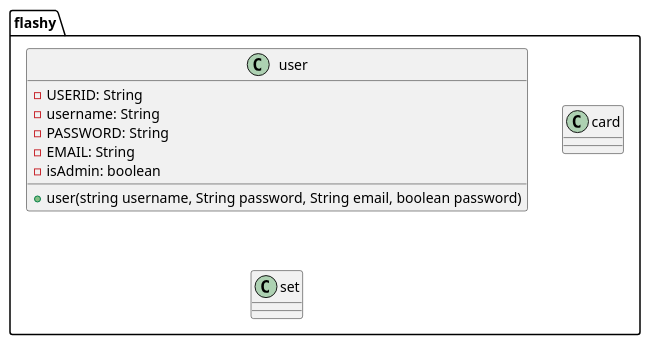
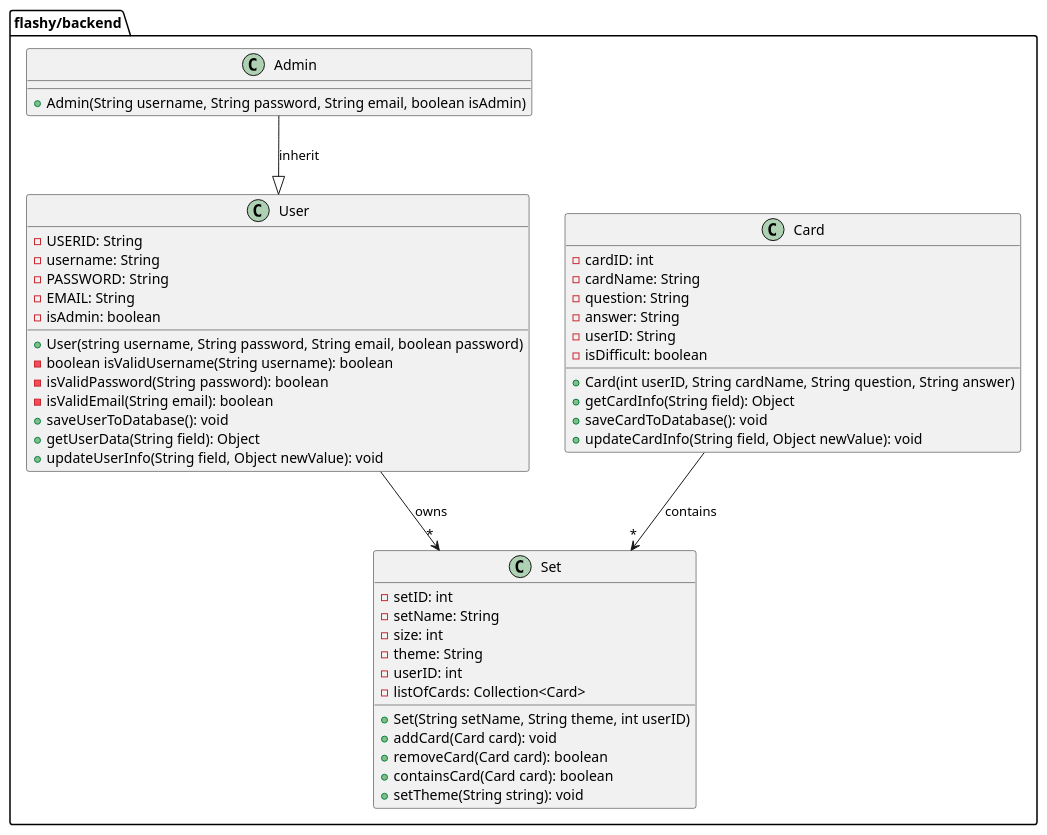
Before and after one commit to sigurhag/Flashy: the diagram in backend/umlDiagrams/flashyClassDiagram.puml, drawn with PlantUML. The commit also changed 7 other files, not shown here.

```diff
--- a/backend/umlDiagrams/flashyClassDiagram.puml
+++ b/backend/umlDiagrams/flashyClassDiagram.puml
@@ -1,23 +1,54 @@
 @startuml flashyClassDiagram
 
-package flashy {
-    class user {
+package flashy/backend {
+    class User {
         - USERID: String
         - username: String
         - PASSWORD: String
         - EMAIL: String
         - isAdmin: boolean
 
-        + user(string username, String password, String email, boolean password)
-        
+        + User(string username, String password, String email, boolean password)
+        - boolean isValidUsername(String username): boolean
+        - isValidPassword(String password): boolean
+        - isValidEmail(String email): boolean
+        + saveUserToDatabase(): void
+        + getUserData(String field): Object
+        + updateUserInfo(String field, Object newValue): void
+    }
 
+    class Card {
+        - cardID: int
+        - cardName: String
+        - question: String
+        - answer: String
+        - userID: String
+        - isDifficult: boolean
+
+        + Card(int userID, String cardName, String question, String answer)
+        + getCardInfo(String field): Object
+        + saveCardToDatabase(): void
+        + updateCardInfo(String field, Object newValue): void
     }
-    class card {
-        
+    class Set {
+        - setID: int
+        - setName: String
+        - size: int 
+        - theme: String
+        - userID: int
+        - listOfCards: Collection<Card>
+
+        + Set(String setName, String theme, int userID)
+        + addCard(Card card): void
+        + removeCard(Card card): boolean
+        + containsCard(Card card): boolean
+        + setTheme(String string): void
     }
-    class set {
-
+    class Admin {
+        + Admin(String username, String password, String email, boolean isAdmin)
     }
-    
+    Card --> "*" Set: contains
+    User --> "*" Set: owns
+    Admin --|> User: inherit
 }
-@enduml 
+@enduml
```
